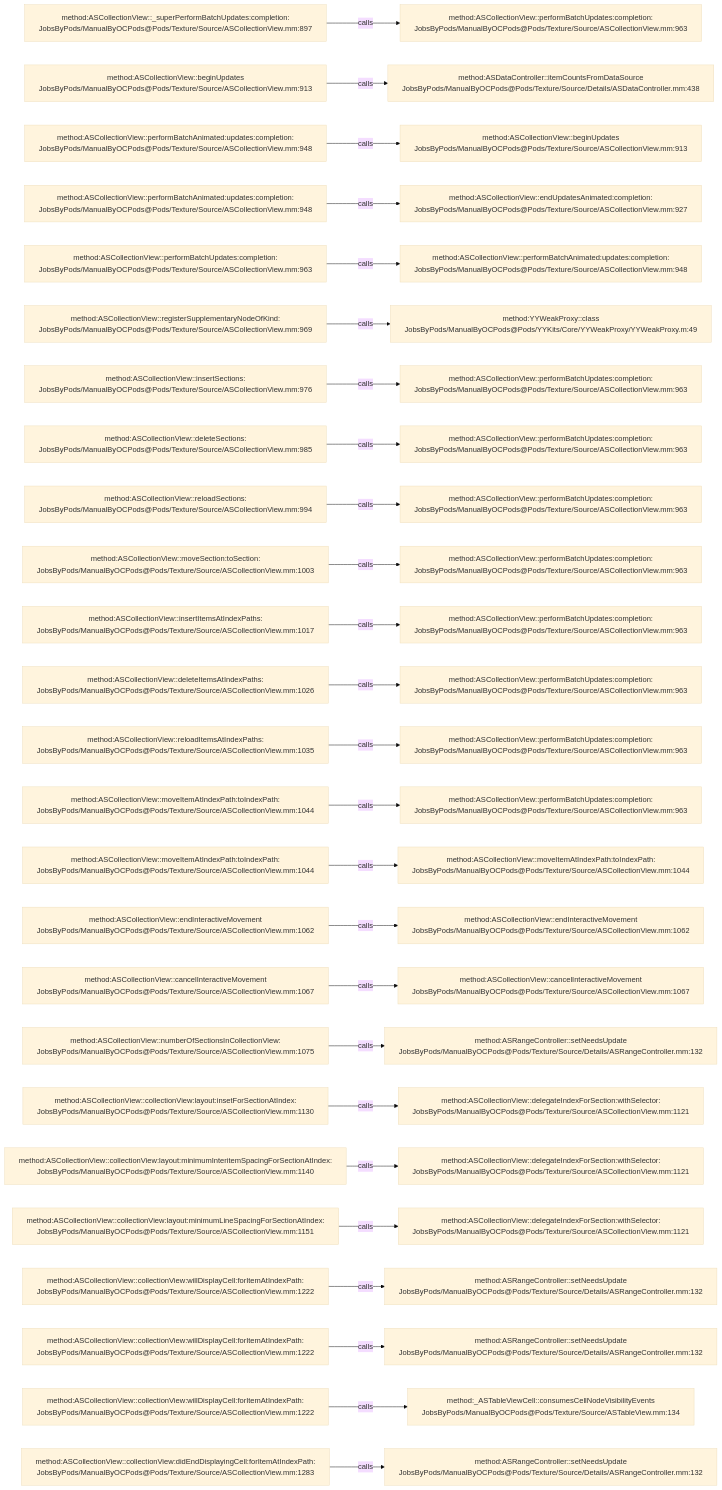
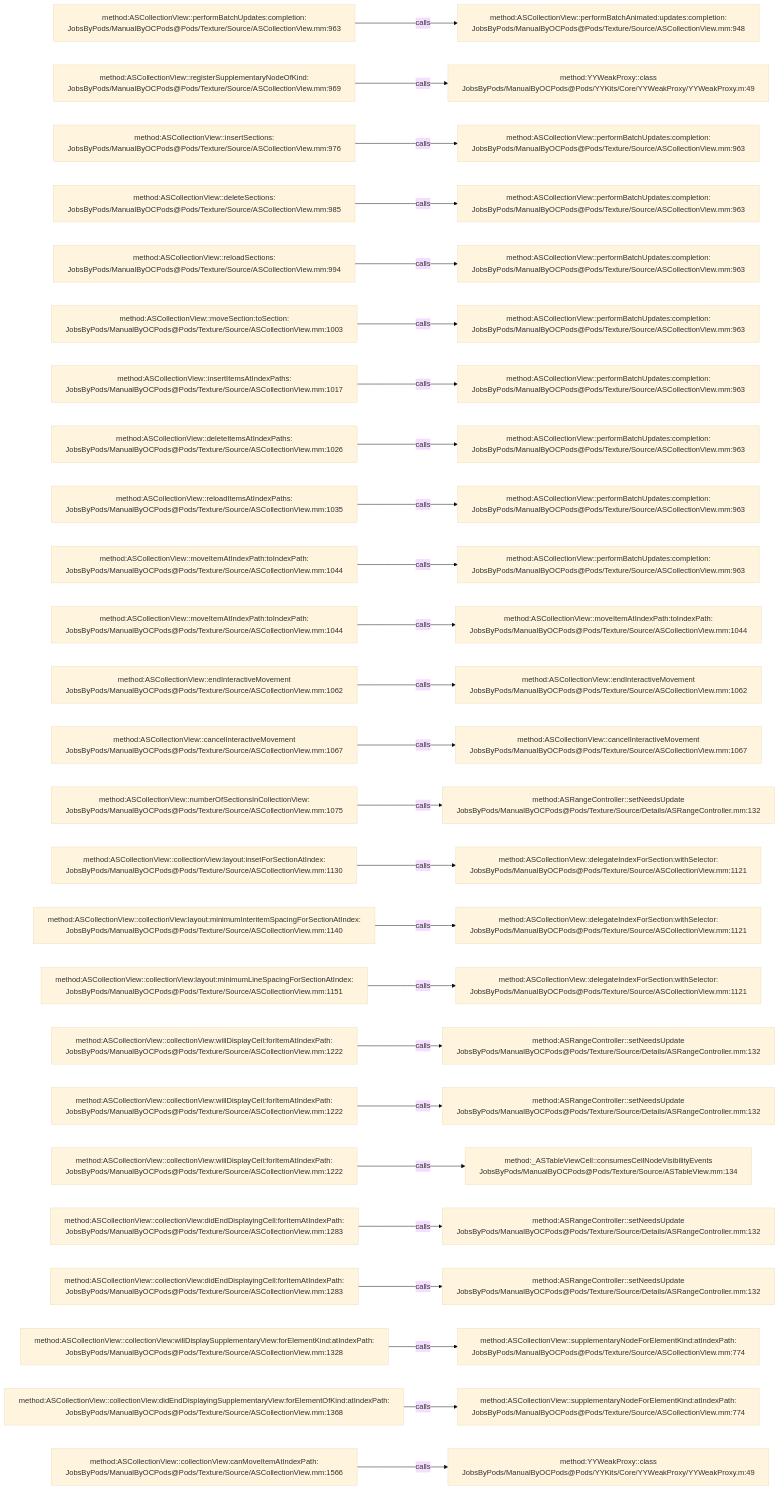
The diagram in .codegraph/codegraph.md/graphs/calls-079.md (JobsKits/JobsOCBaseConfigDemo), drawn with Mermaid (base theme) before and after one commit. The commit also changed 727 other files, not shown here.

````diff
--- a/.codegraph/codegraph.md/graphs/calls-079.md
+++ b/.codegraph/codegraph.md/graphs/calls-079.md
@@ -13,78 +13,78 @@
 ```mermaid
 flowchart LR
-  S1["method:ASCollectionView::_superPerformBatchUpdates:completion:<br/>JobsByPods/ManualByOCPods@Pods/Texture/Source/ASCollectionView.mm:897"]
-  T1["method:ASCollectionView::performBatchUpdates:completion:<br/>JobsByPods/ManualByOCPods@Pods/Texture/Source/ASCollectionView.mm:963"]
+  S1["method:ASCollectionView::performBatchUpdates:completion:<br/>JobsByPods/ManualByOCPods@Pods/Texture/Source/ASCollectionView.mm:963"]
+  T1["method:ASCollectionView::performBatchAnimated:updates:completion:<br/>JobsByPods/ManualByOCPods@Pods/Texture/Source/ASCollectionView.mm:948"]
   S1 -->|calls| T1
-  S2["method:ASCollectionView::beginUpdates<br/>JobsByPods/ManualByOCPods@Pods/Texture/Source/ASCollectionView.mm:913"]
-  T2["method:ASDataController::itemCountsFromDataSource<br/>JobsByPods/ManualByOCPods@Pods/Texture/Source/Details/ASDataController.mm:438"]
+  S2["method:ASCollectionView::registerSupplementaryNodeOfKind:<br/>JobsByPods/ManualByOCPods@Pods/Texture/Source/ASCollectionView.mm:969"]
+  T2["method:YYWeakProxy::class<br/>JobsByPods/ManualByOCPods@Pods/YYKits/Core/YYWeakProxy/YYWeakProxy.m:49"]
   S2 -->|calls| T2
-  S3["method:ASCollectionView::performBatchAnimated:updates:completion:<br/>JobsByPods/ManualByOCPods@Pods/Texture/Source/ASCollectionView.mm:948"]
-  T3["method:ASCollectionView::beginUpdates<br/>JobsByPods/ManualByOCPods@Pods/Texture/Source/ASCollectionView.mm:913"]
+  S3["method:ASCollectionView::insertSections:<br/>JobsByPods/ManualByOCPods@Pods/Texture/Source/ASCollectionView.mm:976"]
+  T3["method:ASCollectionView::performBatchUpdates:completion:<br/>JobsByPods/ManualByOCPods@Pods/Texture/Source/ASCollectionView.mm:963"]
   S3 -->|calls| T3
-  S4["method:ASCollectionView::performBatchAnimated:updates:completion:<br/>JobsByPods/ManualByOCPods@Pods/Texture/Source/ASCollectionView.mm:948"]
-  T4["method:ASCollectionView::endUpdatesAnimated:completion:<br/>JobsByPods/ManualByOCPods@Pods/Texture/Source/ASCollectionView.mm:927"]
+  S4["method:ASCollectionView::deleteSections:<br/>JobsByPods/ManualByOCPods@Pods/Texture/Source/ASCollectionView.mm:985"]
+  T4["method:ASCollectionView::performBatchUpdates:completion:<br/>JobsByPods/ManualByOCPods@Pods/Texture/Source/ASCollectionView.mm:963"]
   S4 -->|calls| T4
-  S5["method:ASCollectionView::performBatchUpdates:completion:<br/>JobsByPods/ManualByOCPods@Pods/Texture/Source/ASCollectionView.mm:963"]
-  T5["method:ASCollectionView::performBatchAnimated:updates:completion:<br/>JobsByPods/ManualByOCPods@Pods/Texture/Source/ASCollectionView.mm:948"]
+  S5["method:ASCollectionView::reloadSections:<br/>JobsByPods/ManualByOCPods@Pods/Texture/Source/ASCollectionView.mm:994"]
+  T5["method:ASCollectionView::performBatchUpdates:completion:<br/>JobsByPods/ManualByOCPods@Pods/Texture/Source/ASCollectionView.mm:963"]
   S5 -->|calls| T5
-  S6["method:ASCollectionView::registerSupplementaryNodeOfKind:<br/>JobsByPods/ManualByOCPods@Pods/Texture/Source/ASCollectionView.mm:969"]
-  T6["method:YYWeakProxy::class<br/>JobsByPods/ManualByOCPods@Pods/YYKits/Core/YYWeakProxy/YYWeakProxy.m:49"]
+  S6["method:ASCollectionView::moveSection:toSection:<br/>JobsByPods/ManualByOCPods@Pods/Texture/Source/ASCollectionView.mm:1003"]
+  T6["method:ASCollectionView::performBatchUpdates:completion:<br/>JobsByPods/ManualByOCPods@Pods/Texture/Source/ASCollectionView.mm:963"]
   S6 -->|calls| T6
-  S7["method:ASCollectionView::insertSections:<br/>JobsByPods/ManualByOCPods@Pods/Texture/Source/ASCollectionView.mm:976"]
+  S7["method:ASCollectionView::insertItemsAtIndexPaths:<br/>JobsByPods/ManualByOCPods@Pods/Texture/Source/ASCollectionView.mm:1017"]
   T7["method:ASCollectionView::performBatchUpdates:completion:<br/>JobsByPods/ManualByOCPods@Pods/Texture/Source/ASCollectionView.mm:963"]
   S7 -->|calls| T7
-  S8["method:ASCollectionView::deleteSections:<br/>JobsByPods/ManualByOCPods@Pods/Texture/Source/ASCollectionView.mm:985"]
+  S8["method:ASCollectionView::deleteItemsAtIndexPaths:<br/>JobsByPods/ManualByOCPods@Pods/Texture/Source/ASCollectionView.mm:1026"]
   T8["method:ASCollectionView::performBatchUpdates:completion:<br/>JobsByPods/ManualByOCPods@Pods/Texture/Source/ASCollectionView.mm:963"]
   S8 -->|calls| T8
-  S9["method:ASCollectionView::reloadSections:<br/>JobsByPods/ManualByOCPods@Pods/Texture/Source/ASCollectionView.mm:994"]
+  S9["method:ASCollectionView::reloadItemsAtIndexPaths:<br/>JobsByPods/ManualByOCPods@Pods/Texture/Source/ASCollectionView.mm:1035"]
   T9["method:ASCollectionView::performBatchUpdates:completion:<br/>JobsByPods/ManualByOCPods@Pods/Texture/Source/ASCollectionView.mm:963"]
   S9 -->|calls| T9
-  S10["method:ASCollectionView::moveSection:toSection:<br/>JobsByPods/ManualByOCPods@Pods/Texture/Source/ASCollectionView.mm:1003"]
+  S10["method:ASCollectionView::moveItemAtIndexPath:toIndexPath:<br/>JobsByPods/ManualByOCPods@Pods/Texture/Source/ASCollectionView.mm:1044"]
   T10["method:ASCollectionView::performBatchUpdates:completion:<br/>JobsByPods/ManualByOCPods@Pods/Texture/Source/ASCollectionView.mm:963"]
   S10 -->|calls| T10
-  S11["method:ASCollectionView::insertItemsAtIndexPaths:<br/>JobsByPods/ManualByOCPods@Pods/Texture/Source/ASCollectionView.mm:1017"]
-  T11["method:ASCollectionView::performBatchUpdates:completion:<br/>JobsByPods/ManualByOCPods@Pods/Texture/Source/ASCollectionView.mm:963"]
+  S11["method:ASCollectionView::moveItemAtIndexPath:toIndexPath:<br/>JobsByPods/ManualByOCPods@Pods/Texture/Source/ASCollectionView.mm:1044"]
+  T11["method:ASCollectionView::moveItemAtIndexPath:toIndexPath:<br/>JobsByPods/ManualByOCPods@Pods/Texture/Source/ASCollectionView.mm:1044"]
   S11 -->|calls| T11
-  S12["method:ASCollectionView::deleteItemsAtIndexPaths:<br/>JobsByPods/ManualByOCPods@Pods/Texture/Source/ASCollectionView.mm:1026"]
-  T12["method:ASCollectionView::performBatchUpdates:completion:<br/>JobsByPods/ManualByOCPods@Pods/Texture/Source/ASCollectionView.mm:963"]
+  S12["method:ASCollectionView::endInteractiveMovement<br/>JobsByPods/ManualByOCPods@Pods/Texture/Source/ASCollectionView.mm:1062"]
+  T12["method:ASCollectionView::endInteractiveMovement<br/>JobsByPods/ManualByOCPods@Pods/Texture/Source/ASCollectionView.mm:1062"]
   S12 -->|calls| T12
-  S13["method:ASCollectionView::reloadItemsAtIndexPaths:<br/>JobsByPods/ManualByOCPods@Pods/Texture/Source/ASCollectionView.mm:1035"]
-  T13["method:ASCollectionView::performBatchUpdates:completion:<br/>JobsByPods/ManualByOCPods@Pods/Texture/Source/ASCollectionView.mm:963"]
+  S13["method:ASCollectionView::cancelInteractiveMovement<br/>JobsByPods/ManualByOCPods@Pods/Texture/Source/ASCollectionView.mm:1067"]
+  T13["method:ASCollectionView::cancelInteractiveMovement<br/>JobsByPods/ManualByOCPods@Pods/Texture/Source/ASCollectionView.mm:1067"]
   S13 -->|calls| T13
-  S14["method:ASCollectionView::moveItemAtIndexPath:toIndexPath:<br/>JobsByPods/ManualByOCPods@Pods/Texture/Source/ASCollectionView.mm:1044"]
-  T14["method:ASCollectionView::performBatchUpdates:completion:<br/>JobsByPods/ManualByOCPods@Pods/Texture/Source/ASCollectionView.mm:963"]
+  S14["method:ASCollectionView::numberOfSectionsInCollectionView:<br/>JobsByPods/ManualByOCPods@Pods/Texture/Source/ASCollectionView.mm:1075"]
+  T14["method:ASRangeController::setNeedsUpdate<br/>JobsByPods/ManualByOCPods@Pods/Texture/Source/Details/ASRangeController.mm:132"]
   S14 -->|calls| T14
-  S15["method:ASCollectionView::moveItemAtIndexPath:toIndexPath:<br/>JobsByPods/ManualByOCPods@Pods/Texture/Source/ASCollectionView.mm:1044"]
-  T15["method:ASCollectionView::moveItemAtIndexPath:toIndexPath:<br/>JobsByPods/ManualByOCPods@Pods/Texture/Source/ASCollectionView.mm:1044"]
+  S15["method:ASCollectionView::collectionView:layout:insetForSectionAtIndex:<br/>JobsByPods/ManualByOCPods@Pods/Texture/Source/ASCollectionView.mm:1130"]
+  T15["method:ASCollectionView::delegateIndexForSection:withSelector:<br/>JobsByPods/ManualByOCPods@Pods/Texture/Source/ASCollectionView.mm:1121"]
   S15 -->|calls| T15
-  S16["method:ASCollectionView::endInteractiveMovement<br/>JobsByPods/ManualByOCPods@Pods/Texture/Source/ASCollectionView.mm:1062"]
-  T16["method:ASCollectionView::endInteractiveMovement<br/>JobsByPods/ManualByOCPods@Pods/Texture/Source/ASCollectionView.mm:1062"]
+  S16["method:ASCollectionView::collectionView:layout:minimumInteritemSpacingForSectionAtIndex:<br/>JobsByPods/ManualByOCPods@Pods/Texture/Source/ASCollectionView.mm:1140"]
+  T16["method:ASCollectionView::delegateIndexForSection:withSelector:<br/>JobsByPods/ManualByOCPods@Pods/Texture/Source/ASCollectionView.mm:1121"]
   S16 -->|calls| T16
-  S17["method:ASCollectionView::cancelInteractiveMovement<br/>JobsByPods/ManualByOCPods@Pods/Texture/Source/ASCollectionView.mm:1067"]
-  T17["method:ASCollectionView::cancelInteractiveMovement<br/>JobsByPods/ManualByOCPods@Pods/Texture/Source/ASCollectionView.mm:1067"]
+  S17["method:ASCollectionView::collectionView:layout:minimumLineSpacingForSectionAtIndex:<br/>JobsByPods/ManualByOCPods@Pods/Texture/Source/ASCollectionView.mm:1151"]
+  T17["method:ASCollectionView::delegateIndexForSection:withSelector:<br/>JobsByPods/ManualByOCPods@Pods/Texture/Source/ASCollectionView.mm:1121"]
   S17 -->|calls| T17
-  S18["method:ASCollectionView::numberOfSectionsInCollectionView:<br/>JobsByPods/ManualByOCPods@Pods/Texture/Source/ASCollectionView.mm:1075"]
+  S18["method:ASCollectionView::collectionView:willDisplayCell:forItemAtIndexPath:<br/>JobsByPods/ManualByOCPods@Pods/Texture/Source/ASCollectionView.mm:1222"]
   T18["method:ASRangeController::setNeedsUpdate<br/>JobsByPods/ManualByOCPods@Pods/Texture/Source/Details/ASRangeController.mm:132"]
   S18 -->|calls| T18
-  S19["method:ASCollectionView::collectionView:layout:insetForSectionAtIndex:<br/>JobsByPods/ManualByOCPods@Pods/Texture/Source/ASCollectionView.mm:1130"]
-  T19["method:ASCollectionView::delegateIndexForSection:withSelector:<br/>JobsByPods/ManualByOCPods@Pods/Texture/Source/ASCollectionView.mm:1121"]
+  S19["method:ASCollectionView::collectionView:willDisplayCell:forItemAtIndexPath:<br/>JobsByPods/ManualByOCPods@Pods/Texture/Source/ASCollectionView.mm:1222"]
+  T19["method:ASRangeController::setNeedsUpdate<br/>JobsByPods/ManualByOCPods@Pods/Texture/Source/Details/ASRangeController.mm:132"]
   S19 -->|calls| T19
-  S20["method:ASCollectionView::collectionView:layout:minimumInteritemSpacingForSectionAtIndex:<br/>JobsByPods/ManualByOCPods@Pods/Texture/Source/ASCollectionView.mm:1140"]
-  T20["method:ASCollectionView::delegateIndexForSection:withSelector:<br/>JobsByPods/ManualByOCPods@Pods/Texture/Source/ASCollectionView.mm:1121"]
+  S20["method:ASCollectionView::collectionView:willDisplayCell:forItemAtIndexPath:<br/>JobsByPods/ManualByOCPods@Pods/Texture/Source/ASCollectionView.mm:1222"]
+  T20["method:_ASTableViewCell::consumesCellNodeVisibilityEvents<br/>JobsByPods/ManualByOCPods@Pods/Texture/Source/ASTableView.mm:134"]
   S20 -->|calls| T20
-  S21["method:ASCollectionView::collectionView:layout:minimumLineSpacingForSectionAtIndex:<br/>JobsByPods/ManualByOCPods@Pods/Texture/Source/ASCollectionView.mm:1151"]
-  T21["method:ASCollectionView::delegateIndexForSection:withSelector:<br/>JobsByPods/ManualByOCPods@Pods/Texture/Source/ASCollectionView.mm:1121"]
+  S21["method:ASCollectionView::collectionView:didEndDisplayingCell:forItemAtIndexPath:<br/>JobsByPods/ManualByOCPods@Pods/Texture/Source/ASCollectionView.mm:1283"]
+  T21["method:ASRangeController::setNeedsUpdate<br/>JobsByPods/ManualByOCPods@Pods/Texture/Source/Details/ASRangeController.mm:132"]
   S21 -->|calls| T21
-  S22["method:ASCollectionView::collectionView:willDisplayCell:forItemAtIndexPath:<br/>JobsByPods/ManualByOCPods@Pods/Texture/Source/ASCollectionView.mm:1222"]
+  S22["method:ASCollectionView::collectionView:didEndDisplayingCell:forItemAtIndexPath:<br/>JobsByPods/ManualByOCPods@Pods/Texture/Source/ASCollectionView.mm:1283"]
   T22["method:ASRangeController::setNeedsUpdate<br/>JobsByPods/ManualByOCPods@Pods/Texture/Source/Details/ASRangeController.mm:132"]
   S22 -->|calls| T22
-  S23["method:ASCollectionView::collectionView:willDisplayCell:forItemAtIndexPath:<br/>JobsByPods/ManualByOCPods@Pods/Texture/Source/ASCollectionView.mm:1222"]
-  T23["method:ASRangeController::setNeedsUpdate<br/>JobsByPods/ManualByOCPods@Pods/Texture/Source/Details/ASRangeController.mm:132"]
+  S23["method:ASCollectionView::collectionView:willDisplaySupplementaryView:forElementKind:atIndexPath:<br/>JobsByPods/ManualByOCPods@Pods/Texture/Source/ASCollectionView.mm:1328"]
+  T23["method:ASCollectionView::supplementaryNodeForElementKind:atIndexPath:<br/>JobsByPods/ManualByOCPods@Pods/Texture/Source/ASCollectionView.mm:774"]
   S23 -->|calls| T23
-  S24["method:ASCollectionView::collectionView:willDisplayCell:forItemAtIndexPath:<br/>JobsByPods/ManualByOCPods@Pods/Texture/Source/ASCollectionView.mm:1222"]
-  T24["method:_ASTableViewCell::consumesCellNodeVisibilityEvents<br/>JobsByPods/ManualByOCPods@Pods/Texture/Source/ASTableView.mm:134"]
+  S24["method:ASCollectionView::collectionView:didEndDisplayingSupplementaryView:forElementOfKind:atIndexPath:<br/>JobsByPods/ManualByOCPods@Pods/Texture/Source/ASCollectionView.mm:1368"]
+  T24["method:ASCollectionView::supplementaryNodeForElementKind:atIndexPath:<br/>JobsByPods/ManualByOCPods@Pods/Texture/Source/ASCollectionView.mm:774"]
   S24 -->|calls| T24
-  S25["method:ASCollectionView::collectionView:didEndDisplayingCell:forItemAtIndexPath:<br/>JobsByPods/ManualByOCPods@Pods/Texture/Source/ASCollectionView.mm:1283"]
-  T25["method:ASRangeController::setNeedsUpdate<br/>JobsByPods/ManualByOCPods@Pods/Texture/Source/Details/ASRangeController.mm:132"]
+  S25["method:ASCollectionView::collectionView:canMoveItemAtIndexPath:<br/>JobsByPods/ManualByOCPods@Pods/Texture/Source/ASCollectionView.mm:1566"]
+  T25["method:YYWeakProxy::class<br/>JobsByPods/ManualByOCPods@Pods/YYKits/Core/YYWeakProxy/YYWeakProxy.m:49"]
   S25 -->|calls| T25
 ```
````
